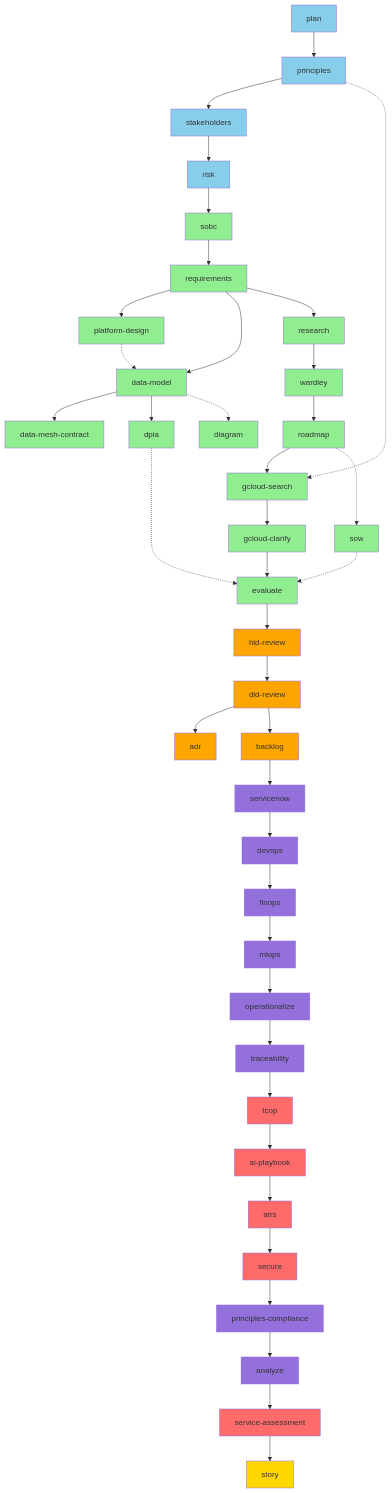
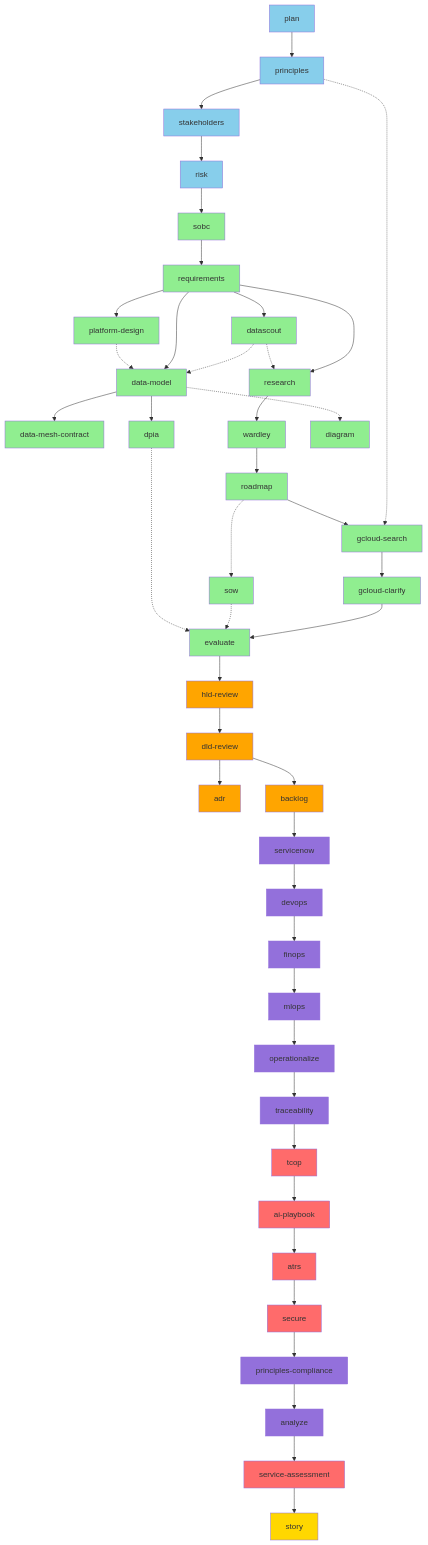
One commit to tractorjuice/arckit-test-project-v8-ons-data-platform changed the third of 9 diagrams in WORKFLOW-DIAGRAMS.md. Above: the diagram before and after it, drawn with Mermaid. The commit also changed other lines of this file and 7 other files, not shown here.

```diff
--- a/WORKFLOW-DIAGRAMS.md
+++ b/WORKFLOW-DIAGRAMS.md
@@ -218,11 +226,14 @@
 
     %% Tier 4: Strategy & Design
     F --> G[platform-design]
+    F --> F1[datascout]
+    F1 -.-> H
     F --> H[data-model]
     G -.-> H
     H --> I[data-mesh-contract]
     H --> J[dpia]
     F --> K[research]
+    F1 -.-> K
     K --> L[wardley]
     L --> M[roadmap]
     H -.-> W[diagram]
@@ -270,6 +281,7 @@
     style D fill:#87CEEB
     style E fill:#90EE90
     style F fill:#90EE90
+    style F1 fill:#90EE90
     style G fill:#90EE90
     style H fill:#90EE90
     style I fill:#90EE90
```
